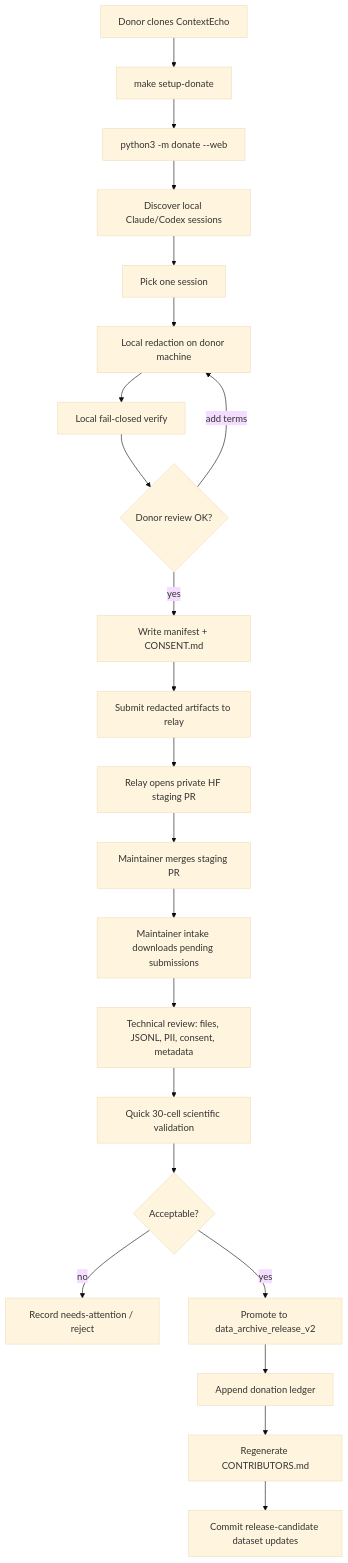
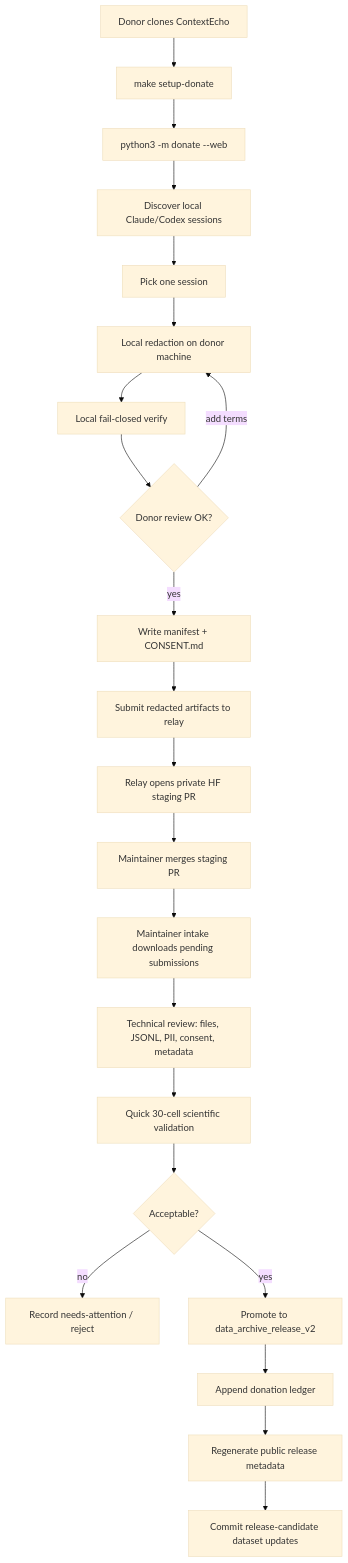
One commit to Accenture/ContextEcho changed the diagram in MAINTAINER_DONATION_WORKFLOW.md. Above: the diagram before and after it, drawn with Mermaid (base theme). The commit also changed other lines of this file and 5 other files, not shown here.

````diff
--- a/MAINTAINER_DONATION_WORKFLOW.md
+++ b/MAINTAINER_DONATION_WORKFLOW.md
@@ -9,24 +9,24 @@
 ```mermaid
 flowchart TD
   A[Donor clones ContextEcho] --> B[make setup-donate]
   B --> C[python3 -m donate --web]
   C --> D[Discover local Claude/Codex sessions]
   D --> E[Pick one session]
   E --> F[Local redaction on donor machine]
   F --> G[Local fail-closed verify]
   G --> H{Donor review OK?}
   H -- add terms --> F
   H -- yes --> I[Write manifest + CONSENT.md]
   I --> J[Submit redacted artifacts to relay]
   J --> K[Relay opens private HF staging PR]
   K --> L[Maintainer merges staging PR]
   L --> M[Maintainer intake downloads pending submissions]
   M --> N[Technical review: files, JSONL, PII, consent, metadata]
   N --> O[Quick 30-cell scientific validation]
   O --> P{Acceptable?}
   P -- no --> Q[Record needs-attention / reject]
   P -- yes --> R[Promote to data_archive_release_v2]
   R --> S[Append donation ledger]
-  S --> T[Regenerate CONTRIBUTORS.md]
+  S --> T[Regenerate public release metadata]
   T --> U[Commit release-candidate dataset updates]
 ```
````
